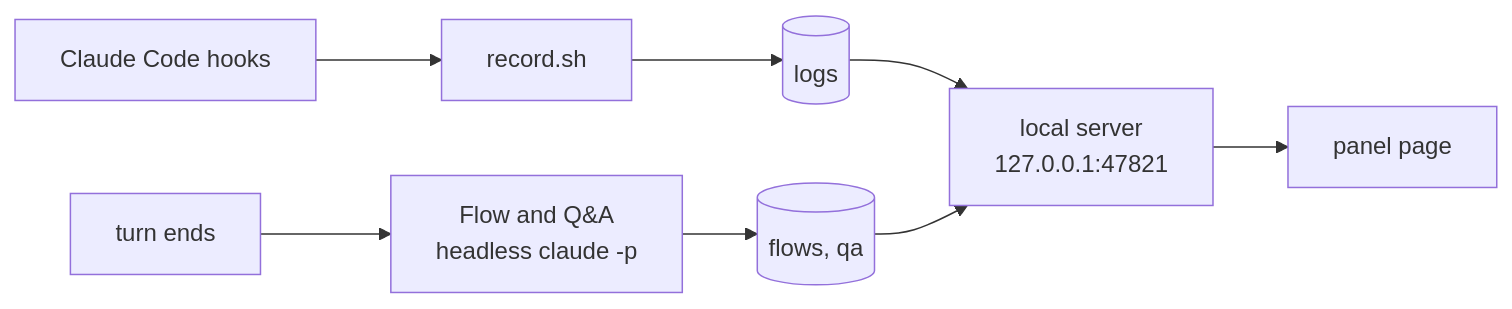
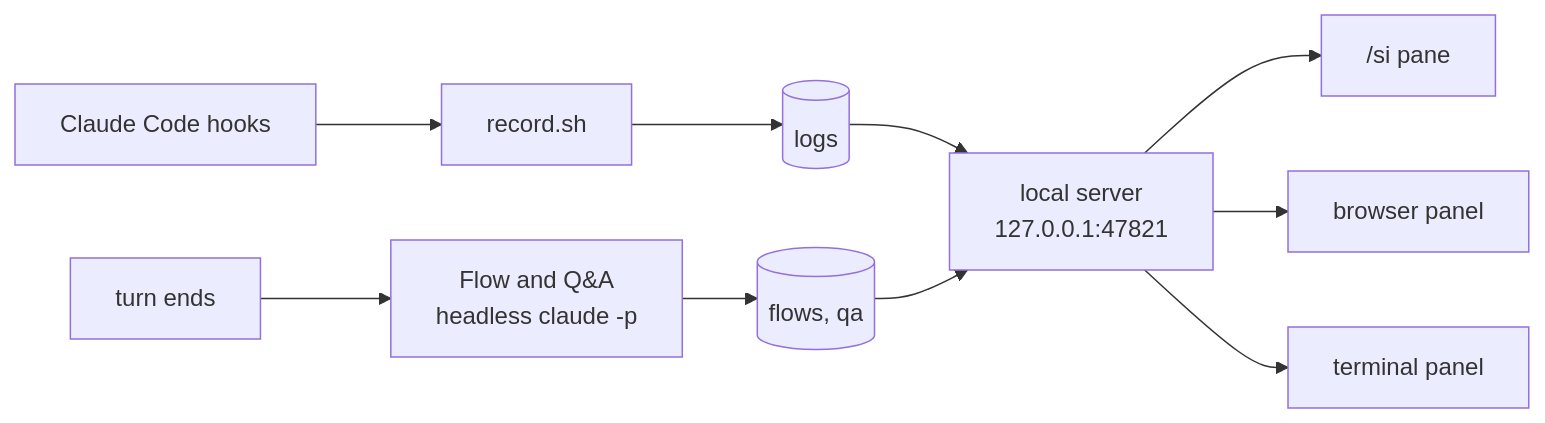
One commit to wonjoonSeol-WS/claude-side-insights changed the diagram in README.md. Above: the diagram before and after it, drawn with Mermaid. The commit also changed other lines of this file and 34 other files, not shown here.

````diff
--- a/README.md
+++ b/README.md
@@ -272,7 +273,10 @@
 ```mermaid
 flowchart LR
   hooks["Claude Code hooks"] --> rec["record.sh"] --> logs[("logs")]
   stop["turn ends"] --> runs["Flow and Q&A<br/>headless claude -p"] --> results[("flows, qa")]
   logs --> server["local server<br/>127.0.0.1:47821"]
-  results --> server --> page["panel page"]
+  results --> server
+  server --> pane["/si pane"]
+  server --> page["browser panel"]
+  server --> term["terminal panel"]
 ```
````
